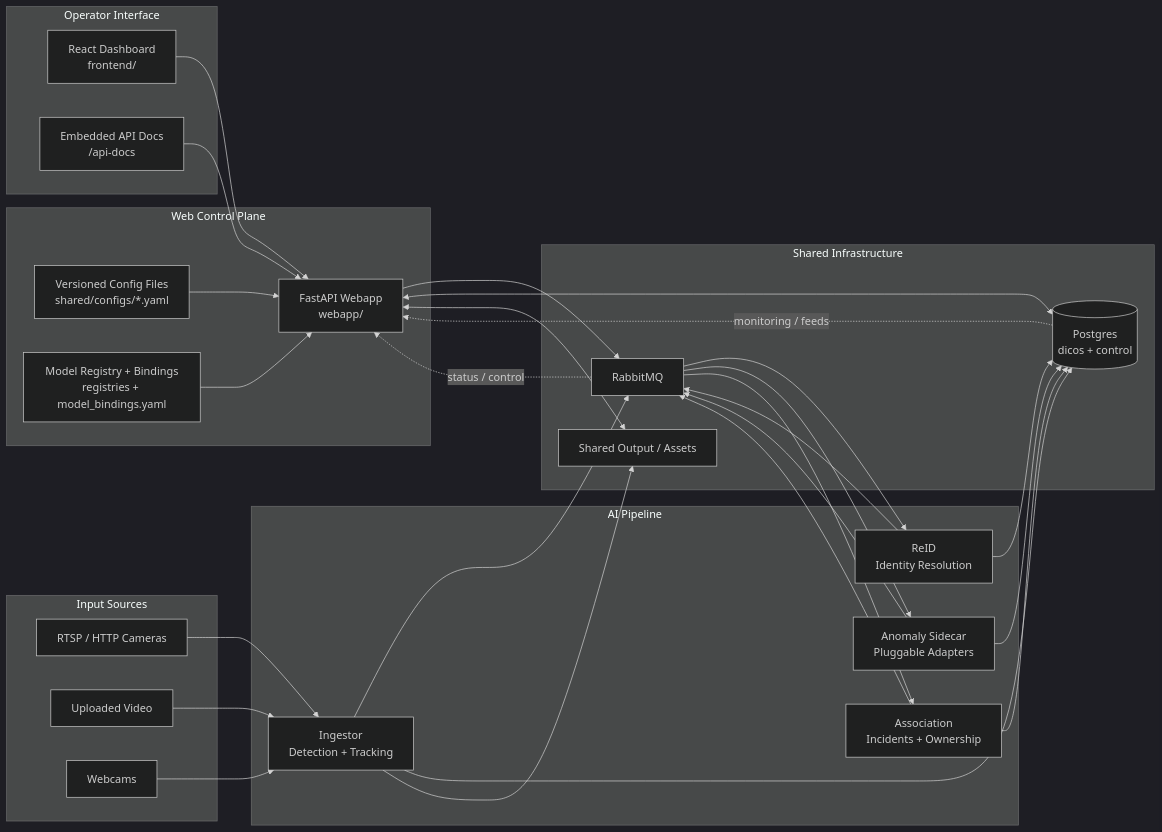
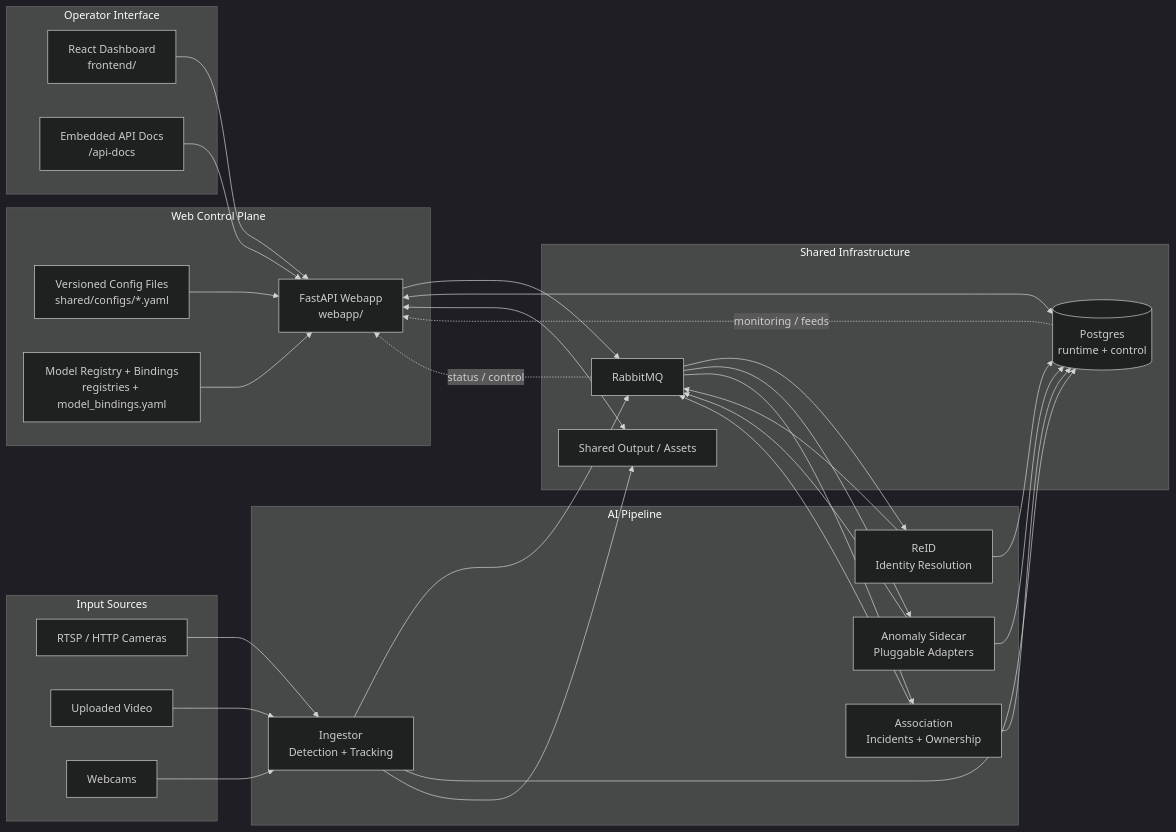
One commit to lauretta-io/hearthlight changed the first of 2 diagrams in docs/architecture.md. Above: the diagram before and after it, drawn with Mermaid (dark theme). The commit also changed other lines of this file and 40 other files, not shown here.

````diff
--- a/docs/architecture.md
+++ b/docs/architecture.md
@@ -22,61 +22,61 @@
 ```mermaid
 flowchart LR
     subgraph Operators["Operator Interface"]
         UI["React Dashboard<br/>frontend/"]
         API_DOCS["Embedded API Docs<br/>/api-docs"]
     end
 
     subgraph Control["Web Control Plane"]
         WEBAPP["FastAPI Webapp<br/>webapp/"]
         CFG["Versioned Config Files<br/>shared/configs/*.yaml"]
         REG["Model Registry + Bindings<br/>registries + model_bindings.yaml"]
     end
 
     subgraph Inputs["Input Sources"]
         CAM["RTSP / HTTP Cameras"]
         VID["Uploaded Video"]
         WC["Webcams"]
     end
 
     subgraph Pipeline["AI Pipeline"]
         ING["Ingestor<br/>Detection + Tracking"]
         REID["ReID<br/>Identity Resolution"]
         ANOM["Anomaly Sidecar<br/>Pluggable Adapters"]
         ASSOC["Association<br/>Incidents + Ownership"]
     end
 
     subgraph Infra["Shared Infrastructure"]
         MQ["RabbitMQ"]
-        DB[("Postgres<br/>dicos + control")]
+        DB[("Postgres<br/>runtime + control")]
         SHARED["Shared Output / Assets"]
     end
 
     UI --> WEBAPP
     API_DOCS --> WEBAPP
     CFG --> WEBAPP
     REG --> WEBAPP
     WEBAPP --> MQ
     WEBAPP <--> DB
     WEBAPP <--> SHARED
 
     CAM --> ING
     VID --> ING
     WC --> ING
 
     ING --> MQ
     ING --> DB
     ING --> SHARED
 
     MQ --> REID
     MQ --> ANOM
     MQ --> ASSOC
     REID --> MQ
     REID --> DB
     ANOM --> MQ
     ANOM --> DB
     ASSOC --> DB
     ASSOC --> MQ
 
     MQ -. status / control .-> WEBAPP
     DB -. monitoring / feeds .-> WEBAPP
 ```
````
